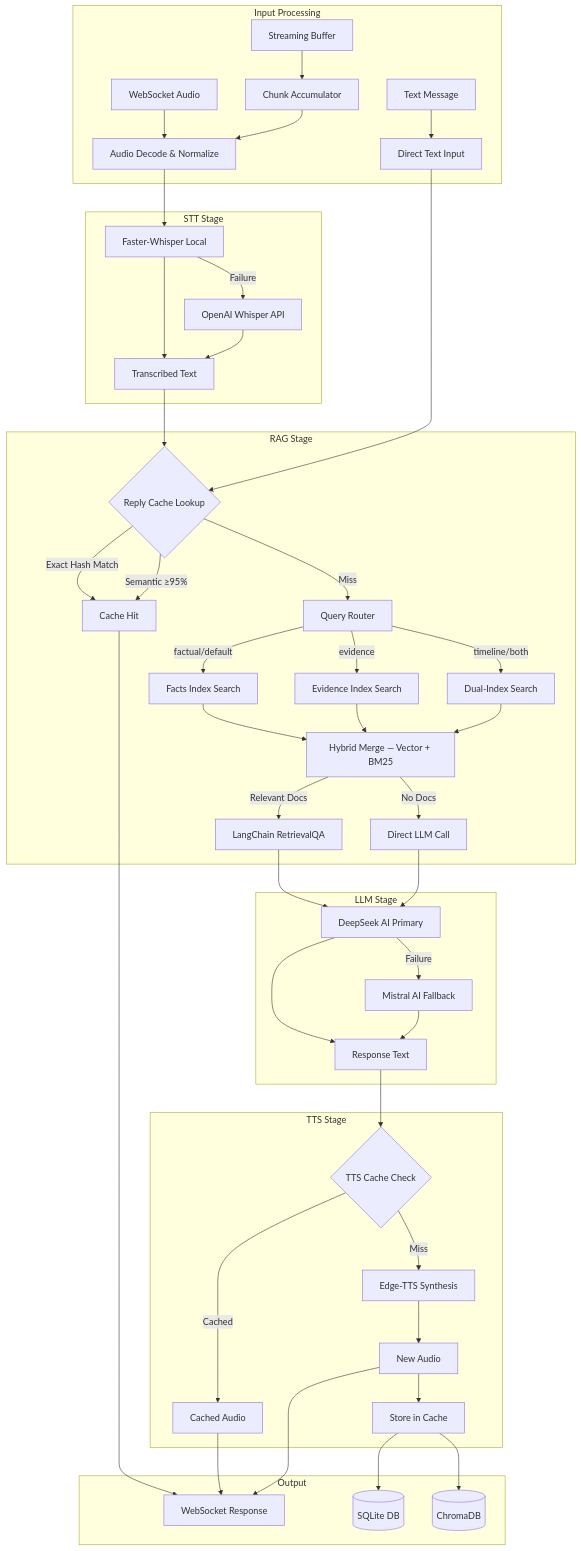
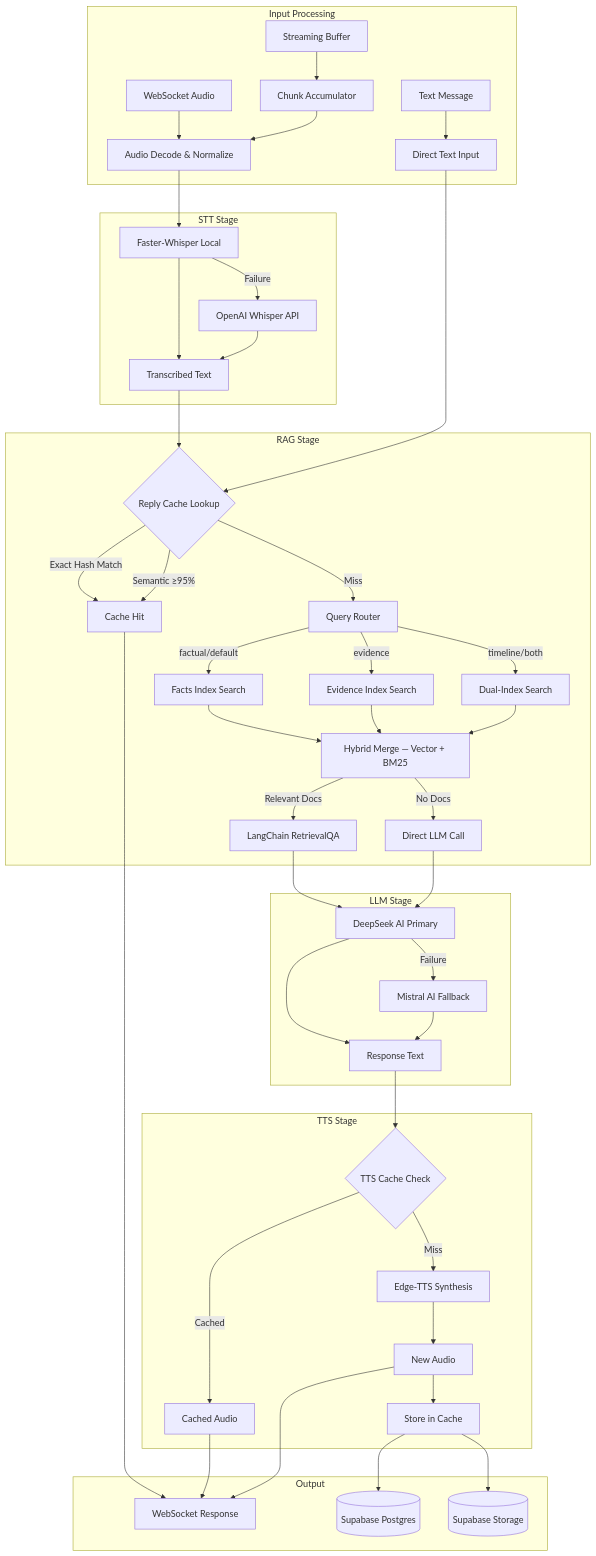
The third of 11 diagrams in readme.md (AteetVatan/echo-ai), drawn with Mermaid before and after one commit. The commit also changed other lines of this file and 553 other files, not shown here.

````diff
--- a/readme.md
+++ b/readme.md
@@ -245,56 +245,56 @@
 ```mermaid
 flowchart TD
     subgraph "Input Processing"
         IN1[WebSocket Audio] --> DECODE[Audio Decode & Normalize]
         IN2[Text Message] --> DIRECT[Direct Text Input]
         IN3[Streaming Buffer] --> ACCUMULATE[Chunk Accumulator]
         ACCUMULATE --> DECODE
     end
 
     subgraph "STT Stage"
         DECODE --> FW[Faster-Whisper Local]
         FW -->|Failure| OW[OpenAI Whisper API]
         FW --> TEXT[Transcribed Text]
         OW --> TEXT
     end
 
     subgraph "RAG Stage"
         TEXT --> RC{Reply Cache Lookup}
         DIRECT --> RC
         RC -->|Exact Hash Match| HIT[Cache Hit]
         RC -->|Semantic ≥95%| HIT
         RC -->|Miss| QR[Query Router]
         QR -->|factual/default| FACTS[Facts Index Search]
         QR -->|evidence| EVIDENCE[Evidence Index Search]
         QR -->|timeline/both| BOTH[Dual-Index Search]
         FACTS --> MERGE[Hybrid Merge — Vector + BM25]
         EVIDENCE --> MERGE
         BOTH --> MERGE
         MERGE -->|Relevant Docs| RAGCHAIN[LangChain RetrievalQA]
         MERGE -->|No Docs| DIRECTLLM[Direct LLM Call]
     end
 
     subgraph "LLM Stage"
         RAGCHAIN --> DS[DeepSeek AI Primary]
         DIRECTLLM --> DS
         DS -->|Failure| MI[Mistral AI Fallback]
         DS --> RESP[Response Text]
         MI --> RESP
     end
 
     subgraph "TTS Stage"
         RESP --> TC{TTS Cache Check}
         TC -->|Cached| CAUDIO[Cached Audio]
         TC -->|Miss| EDGE[Edge-TTS Synthesis]
         EDGE --> NAUDIO[New Audio]
         NAUDIO --> STORE[Store in Cache]
     end
 
     subgraph "Output"
         HIT --> WS[WebSocket Response]
         CAUDIO --> WS
         NAUDIO --> WS
-        STORE --> SQLITE[(SQLite DB)]
-        STORE --> CHROMA[(ChromaDB)]
+        STORE --> SUPA[(Supabase Postgres)]
+        STORE --> STORAGE[(Supabase Storage)]
     end
 ```
````
